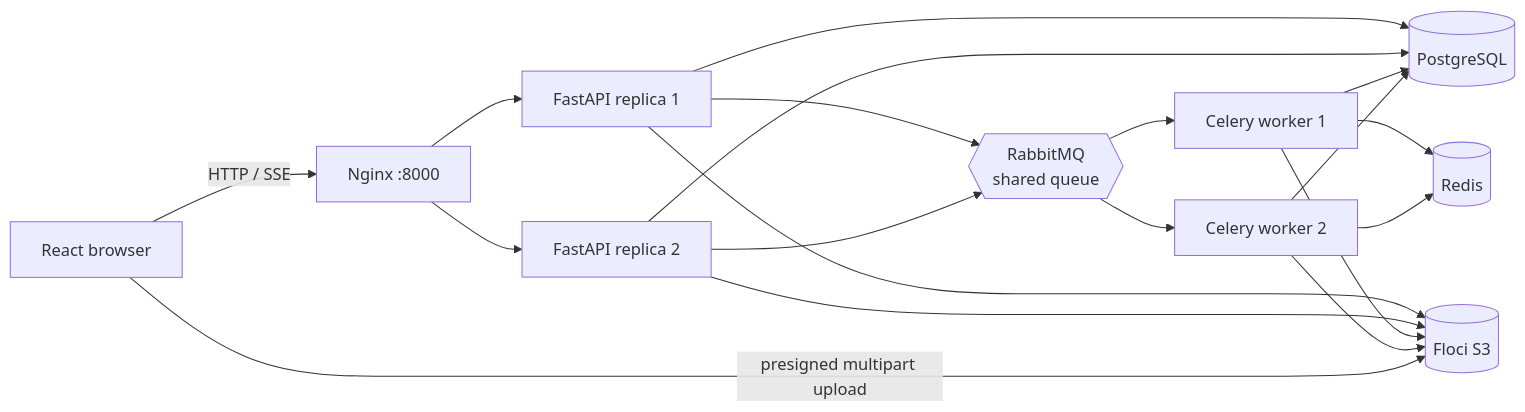
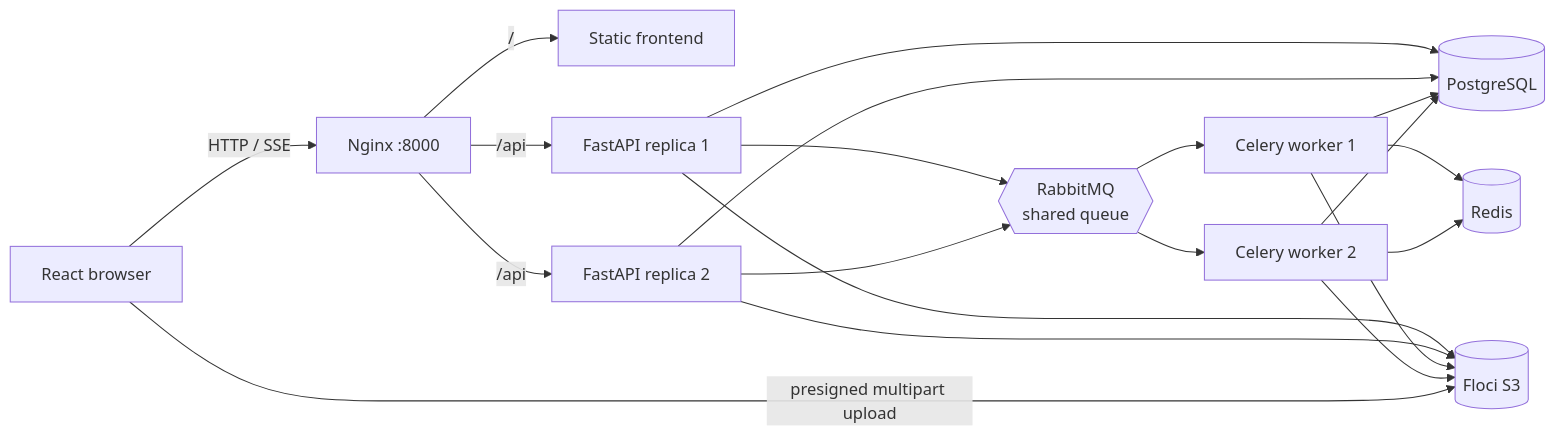
The diagram in README.md (obaidullah-faruk/Scalable-data-ingestion), drawn with Mermaid before and after one commit. The commit also changed other lines of this file and 3 other files, not shown here.

Commit message:
Run the new images in Compose, serve the frontend through nginx and persist Floci data

````diff
--- a/README.md
+++ b/README.md
@@ -31,21 +30,22 @@
 ```mermaid
 flowchart LR
     Browser[React browser] -->|HTTP / SSE| Nginx[Nginx :8000]
-    Nginx --> API1[FastAPI replica 1]
-    Nginx --> API2[FastAPI replica 2]
+    Nginx -->|/| Frontend[Static frontend]
+    Nginx -->|/api| API1[FastAPI replica 1]
+    Nginx -->|/api| API2[FastAPI replica 2]
     API1 --> Postgres[(PostgreSQL)]
     API2 --> Postgres
     API1 --> RabbitMQ{{RabbitMQ\nshared queue}}
     API2 --> RabbitMQ
     RabbitMQ --> Worker1[Celery worker 1]
     RabbitMQ --> Worker2[Celery worker 2]
     Worker1 --> Postgres
     Worker2 --> Postgres
     Worker1 --> Redis[(Redis)]
     Worker2 --> Redis
     API1 --> Floci[(Floci S3)]
     API2 --> Floci
     Worker1 --> Floci
     Worker2 --> Floci
     Browser -->|presigned multipart upload| Floci
 ```
````
